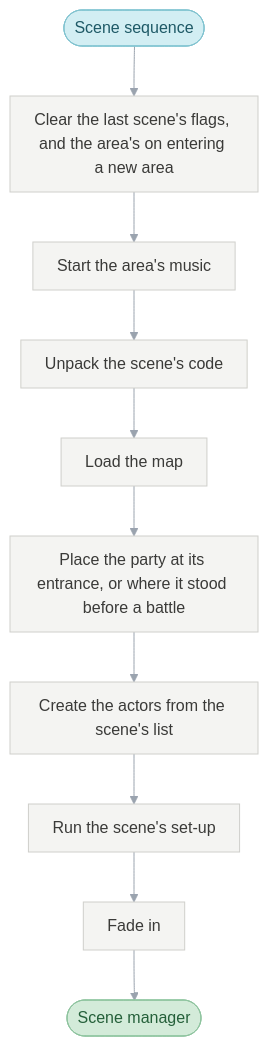
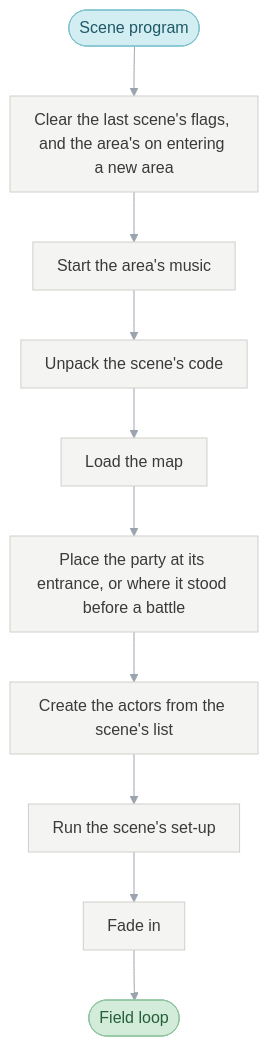
The fifth of 9 diagrams in games/tbs/README.md (PascalPixel/alchemy), drawn with Mermaid before and after one commit. The commit also changed other lines of this file and 31 other files, not shown here.

First line of the commit message:
☀️ Monitor, programs, field loop and persistent state in the words too

````diff
--- a/games/tbs/README.md
+++ b/games/tbs/README.md
@@ -258,18 +258,18 @@
 ```mermaid
 %%{init: {"theme": "base", "themeVariables": {"lineColor": "#9AA3AE", "edgeLabelBackground": "#FFFFFF"}, "flowchart": {"curve": "basis", "padding": 12}}}%%
 flowchart TD
-  pick(["Scene sequence"]) --> arrive["Clear the last scene's flags, and the area's on entering a new area"]
+  pick(["Scene program"]) --> arrive["Clear the last scene's flags, and the area's on entering a new area"]
   arrive --> music["Start the area's music"] --> code["Unpack the scene's code"]
   code --> map["Load the map"] --> place["Place the party at its entrance, or where it stood before a battle"]
   place --> actors["Create the actors from the scene's list"] --> own["Run the scene's set-up"]
-  own --> fade["Fade in"] --> run(["Scene manager"])
-  classDef sequenceManager fill:#DDE3EC,stroke:#8FA0B8,color:#2E3C50
-  classDef sceneSequence fill:#D2EEF3,stroke:#7FC3D0,color:#1E5966
+  own --> fade["Fade in"] --> run(["Field loop"])
+  classDef monitor fill:#DDE3EC,stroke:#8FA0B8,color:#2E3C50
+  classDef sceneProgram fill:#D2EEF3,stroke:#7FC3D0,color:#1E5966
   classDef battle fill:#F6D5D2,stroke:#D9928B,color:#8A2A22
   classDef sceneManager fill:#D3EBD9,stroke:#8DC49E,color:#25603A
   classDef request fill:#FBE7C6,stroke:#E0B46A,color:#7A5212
   classDef step fill:#F4F4F2,stroke:#CFCFCB,color:#3A3A38
-  class pick sceneSequence
+  class pick sceneProgram
   class run sceneManager
   class arrive,music,code,map,place,actors,own,fade step
 ```
````
